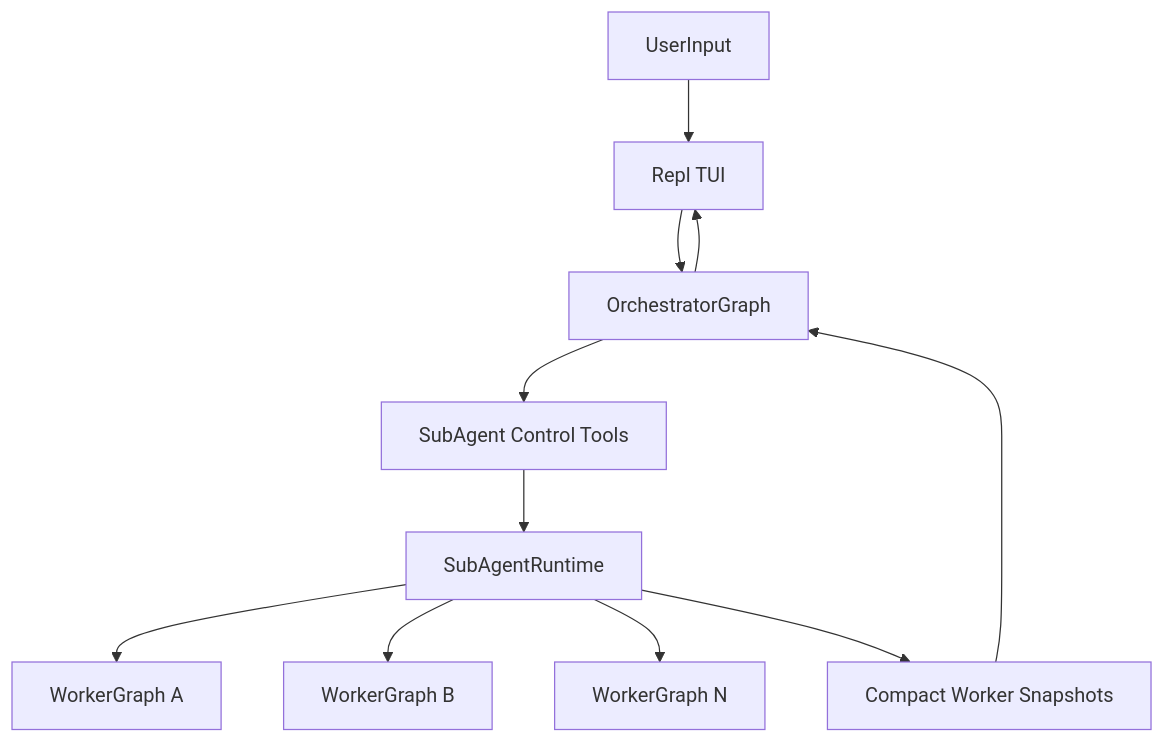
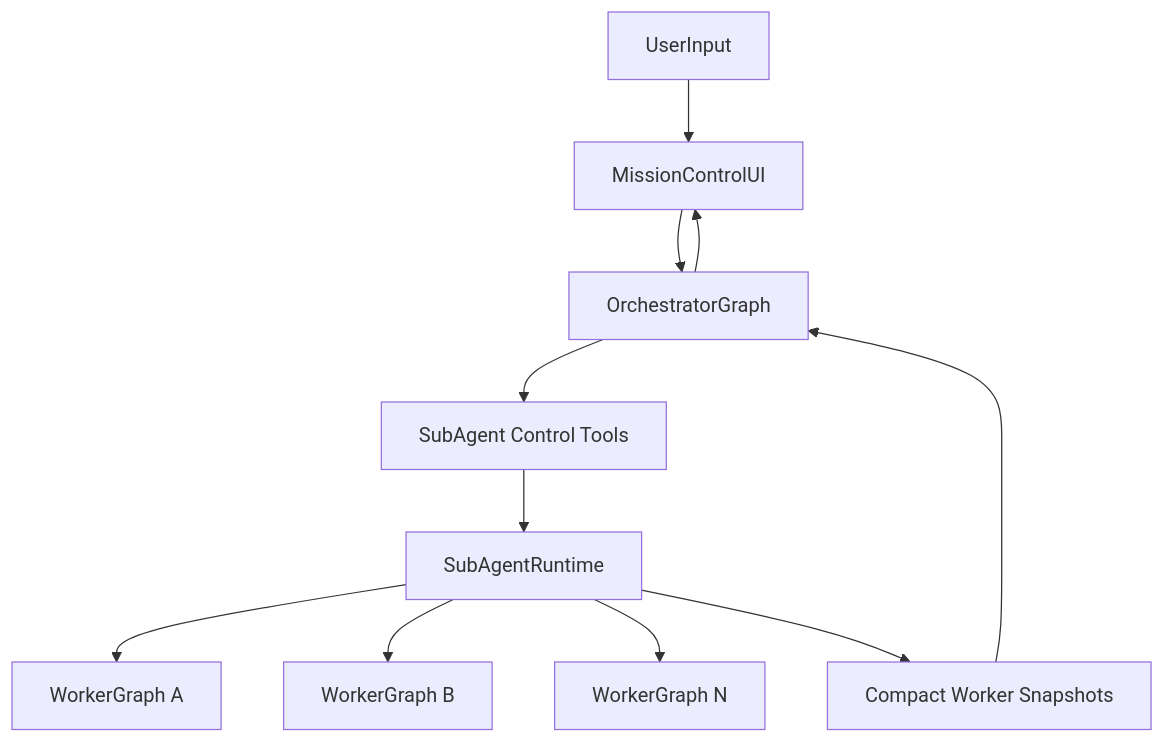
One commit to tanaymeh/llc changed the diagram in PARALLEL_SUBAGENT_IMPLEMENTATION_REPORT.md. Above: the diagram before and after it, drawn with Mermaid. The commit also changed other lines of this file and 20 other files, not shown here.

````diff
--- a/PARALLEL_SUBAGENT_IMPLEMENTATION_REPORT.md
+++ b/PARALLEL_SUBAGENT_IMPLEMENTATION_REPORT.md
@@ -20,13 +20,13 @@
 ```mermaid
 flowchart TD
-  userInput[UserInput] --> repl[Repl TUI]
-  repl --> orchestratorGraph[OrchestratorGraph]
+  userInput[UserInput] --> missionUi[MissionControlUI]
+  missionUi --> orchestratorGraph[OrchestratorGraph]
   orchestratorGraph --> runtimeTools[SubAgent Control Tools]
   runtimeTools --> runtime[SubAgentRuntime]
   runtime --> workerGraphA[WorkerGraph A]
   runtime --> workerGraphB[WorkerGraph B]
   runtime --> workerGraphN[WorkerGraph N]
   runtime --> reportSnapshots[Compact Worker Snapshots]
   reportSnapshots --> orchestratorGraph
-  orchestratorGraph --> repl
+  orchestratorGraph --> missionUi
 ```
````
